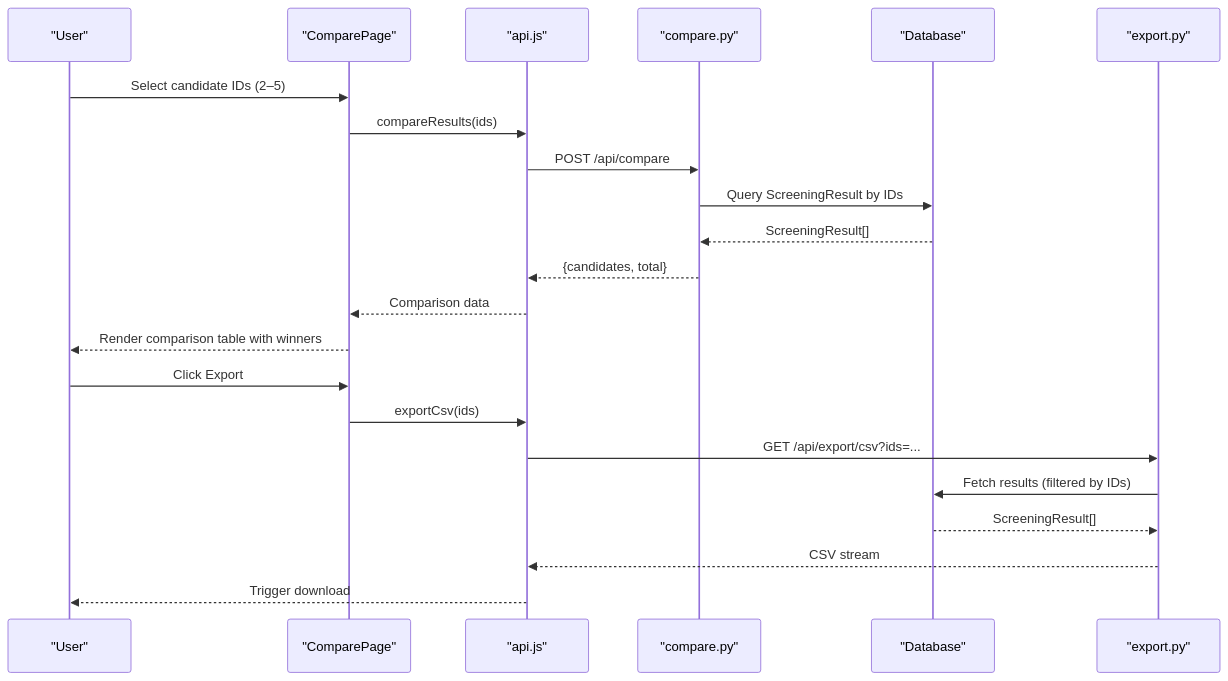
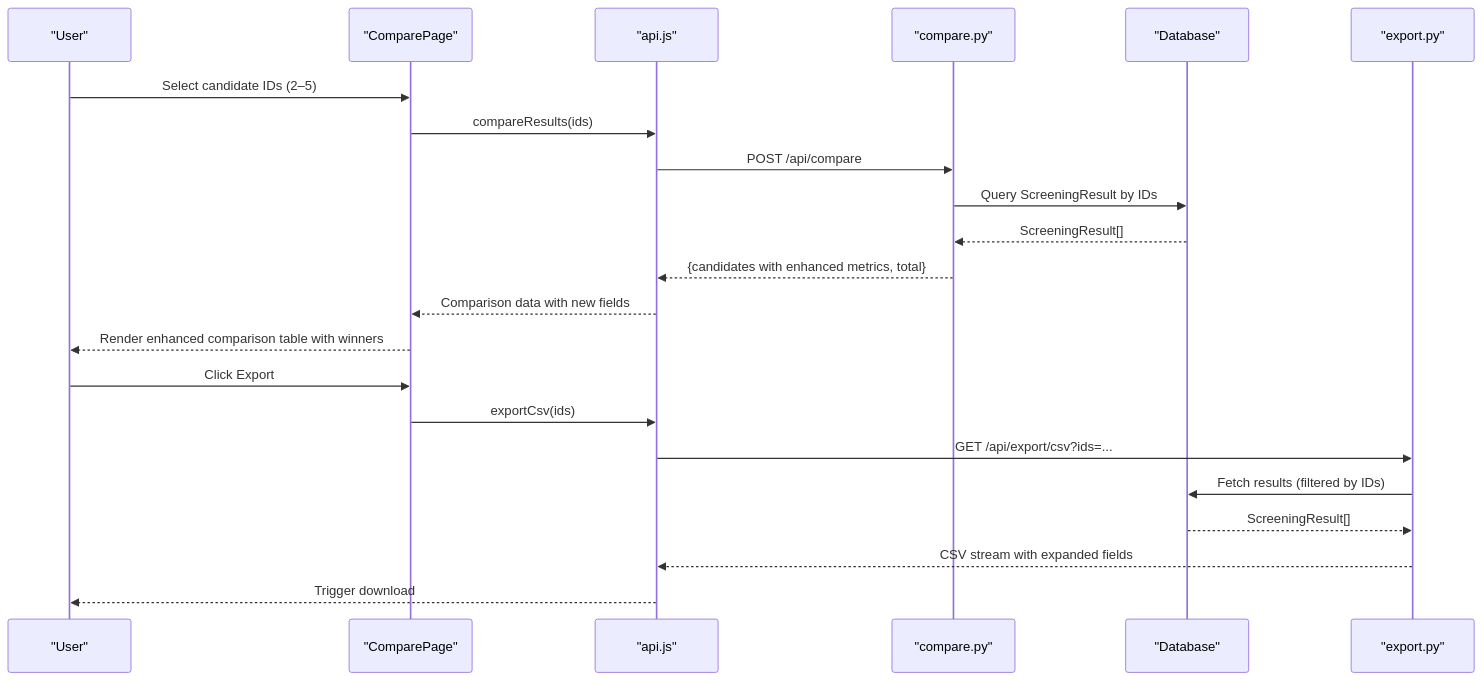
The second of 9 diagrams in .qoder/repowiki/en/content/Reporting & Analytics/Comparison & Visualization.md (Revanththetalogics/aireume), drawn with Mermaid before and after one commit. The commit also changed other lines of this file and 6 other files, not shown here.

````diff
--- a/.qoder/repowiki/en/content/Reporting & Analytics/Comparison & Visualization.md
+++ b/.qoder/repowiki/en/content/Reporting & Analytics/Comparison & Visualization.md
@@ -111,24 +123,24 @@
 ```mermaid
 sequenceDiagram
 participant U as "User"
 participant CP as "ComparePage"
 participant API as "api.js"
 participant BE as "compare.py"
 participant DB as "Database"
 participant EXP as "export.py"
 U->>CP : Select candidate IDs (2–5)
 CP->>API : compareResults(ids)
 API->>BE : POST /api/compare
 BE->>DB : Query ScreeningResult by IDs
 DB-->>BE : ScreeningResult[]
-BE-->>API : {candidates, total}
-API-->>CP : Comparison data
-CP-->>U : Render comparison table with winners
+BE-->>API : {candidates with enhanced metrics, total}
+API-->>CP : Comparison data with new fields
+CP-->>U : Render enhanced comparison table with winners
 U->>CP : Click Export
 CP->>API : exportCsv(ids)
 API->>EXP : GET /api/export/csv?ids=...
 EXP->>DB : Fetch results (filtered by IDs)
 DB-->>EXP : ScreeningResult[]
-EXP-->>API : CSV stream
+EXP-->>API : CSV stream with expanded fields
 API-->>U : Trigger download
 ```
````
